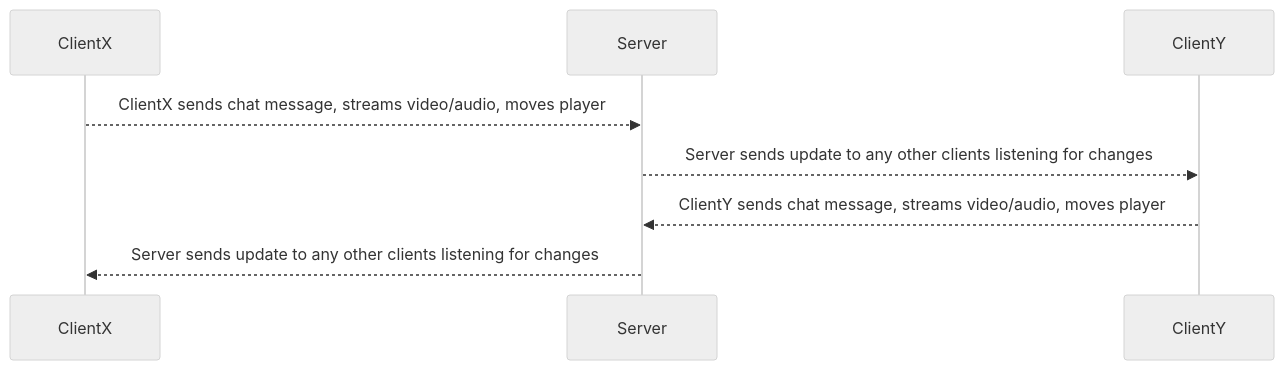
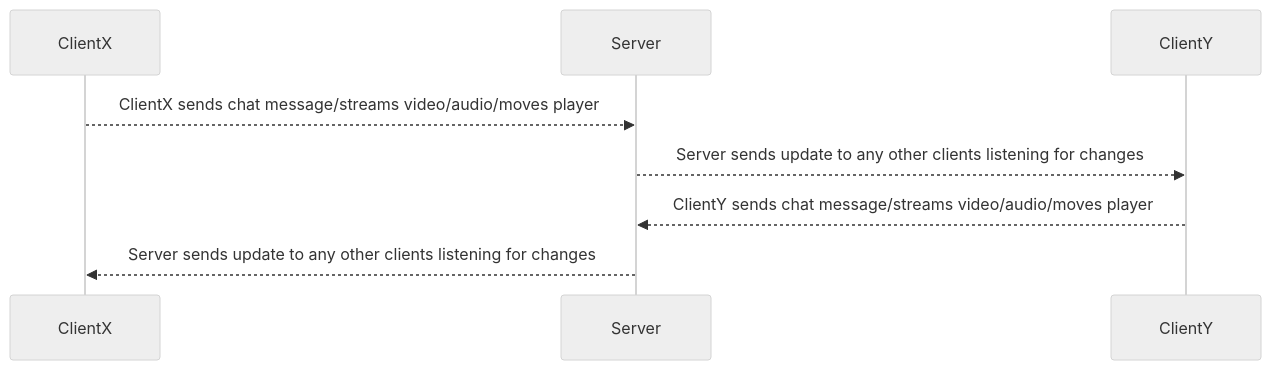
The second of 2 diagrams in README.md (gitairman/websockets-article), drawn with Mermaid (neutral theme) before and after one commit.

````diff
--- a/README.md
+++ b/README.md
@@ -29,11 +29,11 @@
 ```mermaid
 sequenceDiagram
     participant ClientX
     participant Server
     participant ClientY
 
-    ClientX -->> Server: ClientX sends chat message, streams video/audio, moves player
+    ClientX -->> Server: ClientX sends chat message/streams video/audio/moves player
     Server -->> ClientY: Server sends update to any other clients listening for changes
-    ClientY -->> Server: ClientY sends chat message, streams video/audio, moves player
+    ClientY -->> Server: ClientY sends chat message/streams video/audio/moves player
     Server -->> ClientX: Server sends update to any other clients listening for changes
 ```
````
